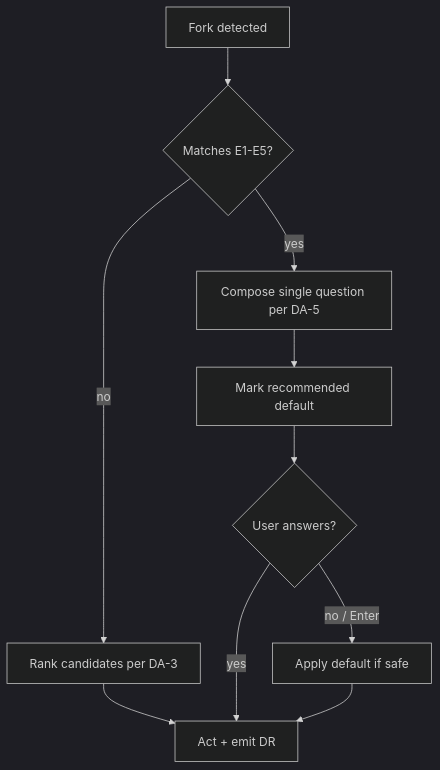
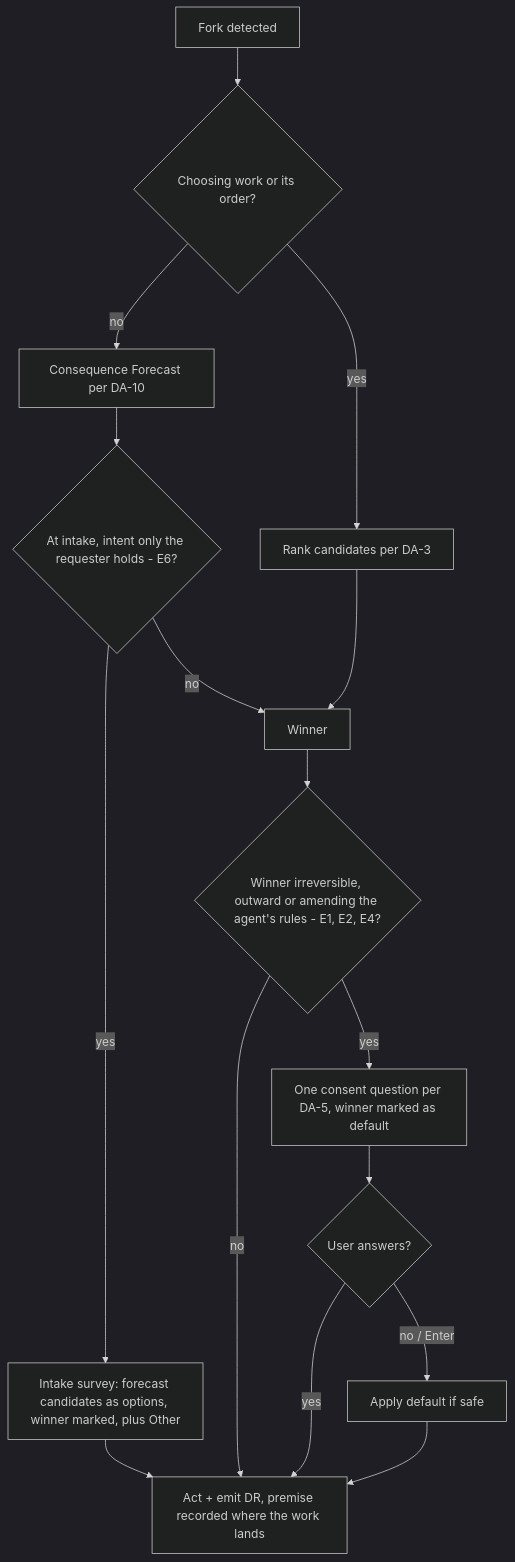
The diagram in .design/engine/specifications/l1-decision-autonomy.md (teratron/magic-spec), drawn with Mermaid (dark theme) before and after one commit. The commit also changed other lines of this file and 193 other files, not shown here.

````diff
--- a/.design/engine/specifications/l1-decision-autonomy.md
+++ b/.design/engine/specifications/l1-decision-autonomy.md
@@ -134,11 +176,17 @@
 ```mermaid
 graph TD
-    A[Fork detected] --> B{Matches E1-E5?}
-    B -- no --> C[Rank candidates per DA-3]
-    C --> D[Act + emit DR]
-    B -- yes --> E[Compose single question per DA-5]
-    E --> F[Mark recommended default]
-    F --> G{User answers?}
-    G -- yes --> D
-    G -- "no / Enter" --> H[Apply default if safe] --> D
+    A[Fork detected] --> B{Choosing work or its order?}
+    B -- yes --> C[Rank candidates per DA-3]
+    B -- no --> F[Consequence Forecast per DA-10]
+    F --> Q{At intake, intent only the requester holds - E6?}
+    Q -- yes --> S[Intake survey: forecast candidates as options, winner marked, plus Other]
+    S --> D
+    Q -- no --> W[Winner]
+    C --> W
+    W --> G{Winner irreversible, outward or amending the agent's rules - E1, E2, E4?}
+    G -- no --> D[Act + emit DR, premise recorded where the work lands]
+    G -- yes --> E[One consent question per DA-5, winner marked as default]
+    E --> H{User answers?}
+    H -- yes --> D
+    H -- "no / Enter" --> I[Apply default if safe] --> D
 ```
````
